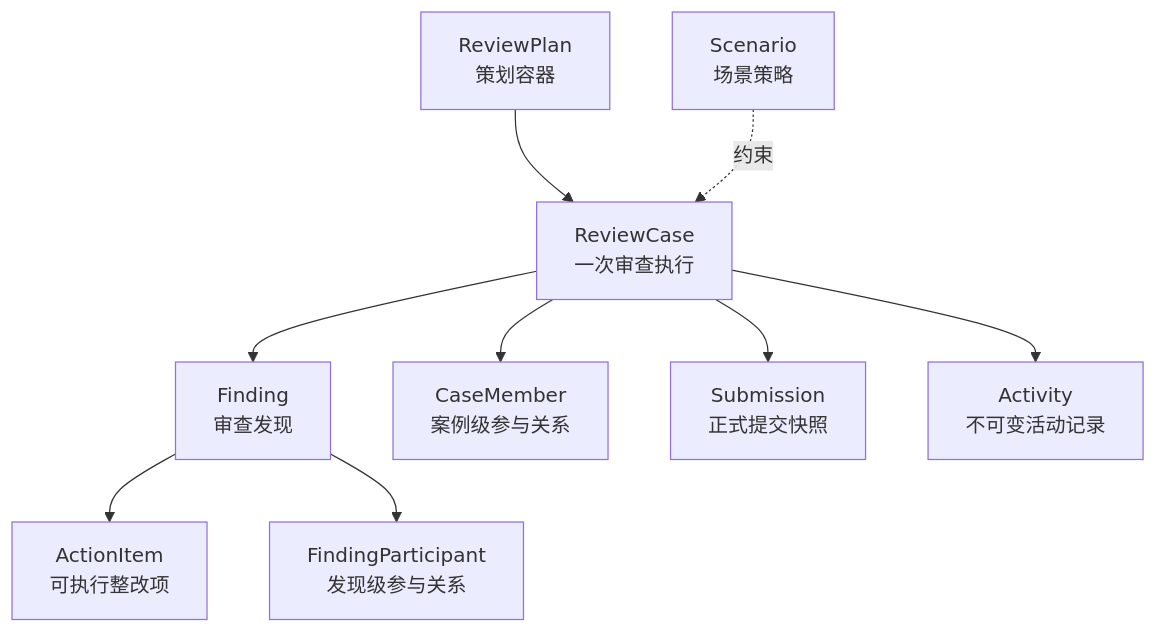
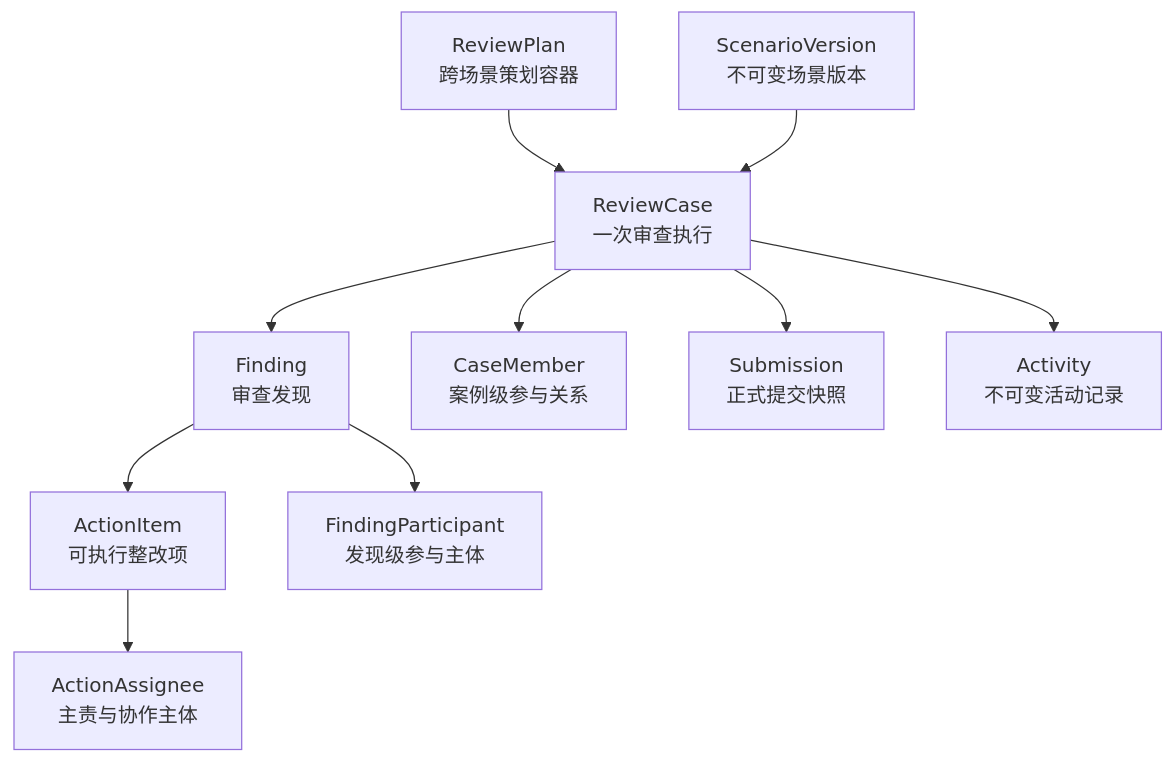
Before and after one commit to Truh-hbe/EasyAudit-Next: the diagram in docs/architecture/m0-domain-model.md, drawn with Mermaid. The commit also changed other lines of this file and 60 other files, not shown here.

Commit message:
fix(architecture): align M0 with review boundaries

````diff
--- a/docs/architecture/m0-domain-model.md
+++ b/docs/architecture/m0-domain-model.md
@@ -7,11 +7,12 @@
 ```mermaid
 flowchart TD
-  RP[ReviewPlan<br/>策划容器] --> RC[ReviewCase<br/>一次审查执行]
+  RP[ReviewPlan<br/>跨场景策划容器] --> RC[ReviewCase<br/>一次审查执行]
+  SC[ScenarioVersion<br/>不可变场景版本] --> RC
   RC --> F[Finding<br/>审查发现]
   F --> AI[ActionItem<br/>可执行整改项]
+  AI --> AA[ActionAssignee<br/>主责与协作主体]
   RC --> CM[CaseMember<br/>案例级参与关系]
-  F --> FP[FindingParticipant<br/>发现级参与关系]
+  F --> FP[FindingParticipant<br/>发现级参与主体]
   RC --> S[Submission<br/>正式提交快照]
   RC --> A[Activity<br/>不可变活动记录]
-  SC[Scenario<br/>场景策略] -.约束.-> RC
 ```
````
